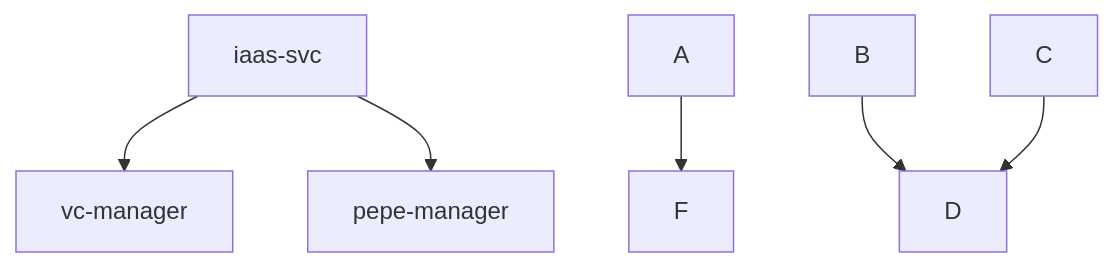
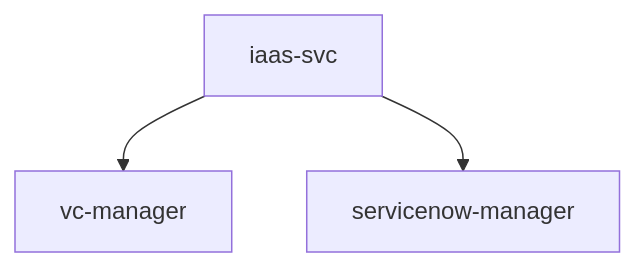
One commit to jorgegithub/dotfiles changed the diagram in README.md. Above: the diagram before and after it, drawn with Mermaid.

````diff
--- a/README.md
+++ b/README.md
@@ -1,8 +1,5 @@
 ```mermaid
 graph TD;
     iaas-svc-->vc-manager;
-    iaas-svc-->pepe-manager;
-    A-->F;
-    B-->D;
-    C-->D;
+    iaas-svc-->servicenow-manager;
 ```
````
